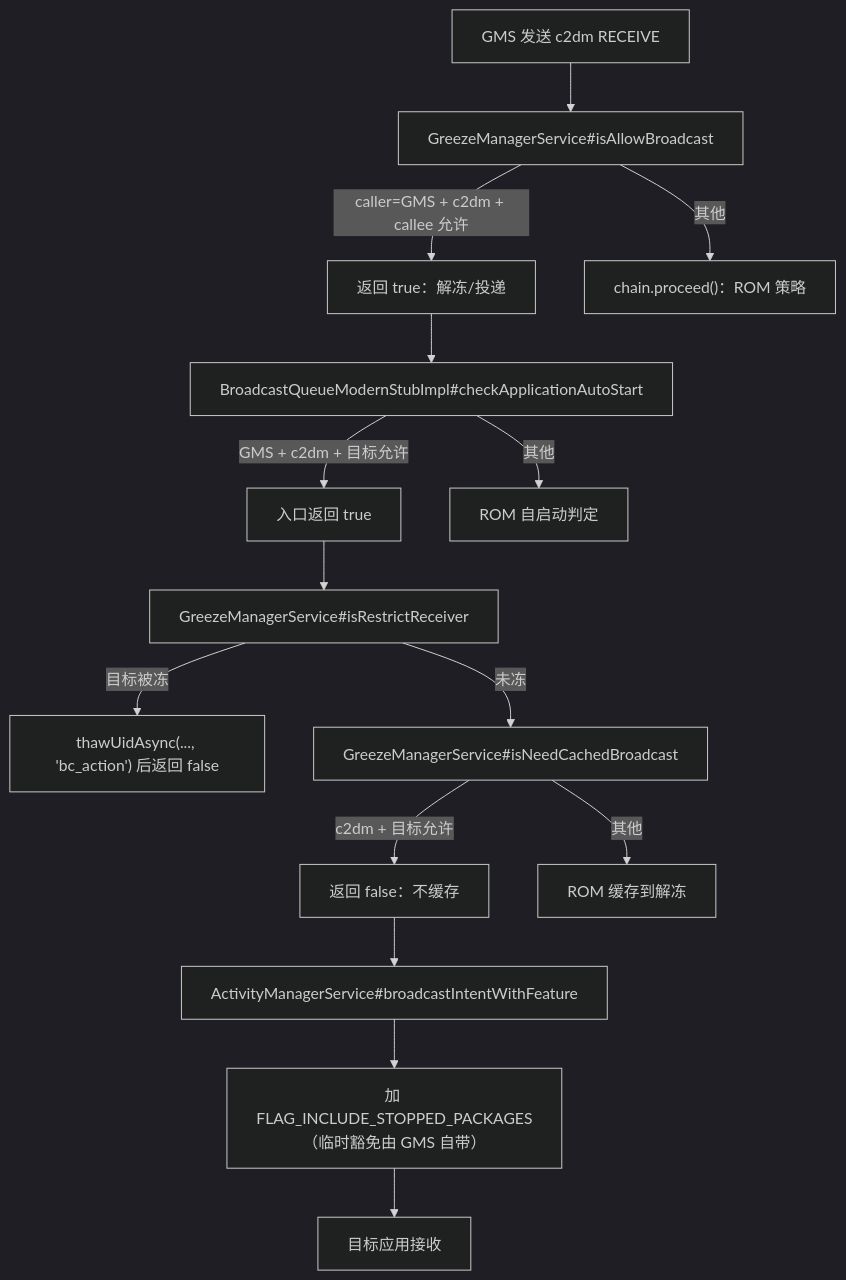
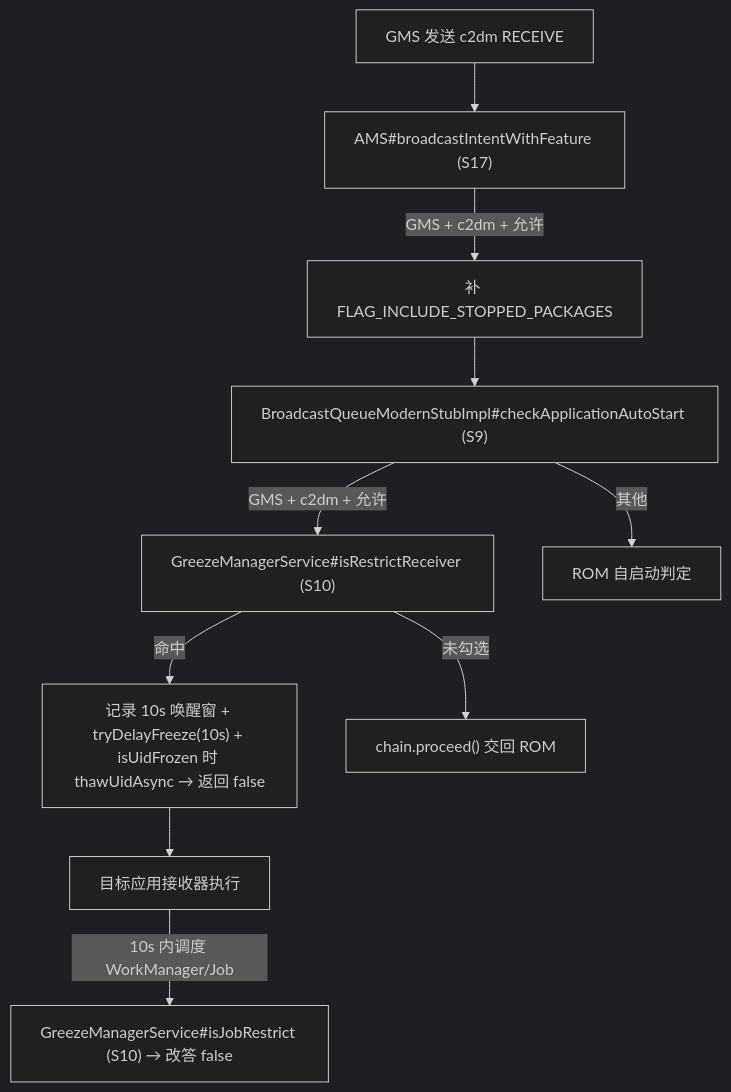
Before and after one commit to iamqwert/HyperOS_FCM_Live: the diagram in FCM_HOOK_TECH_DOC.md, drawn with Mermaid (dark theme). The commit also changed other lines of this file and 53 other files, not shown here.

````diff
--- a/FCM_HOOK_TECH_DOC.md
+++ b/FCM_HOOK_TECH_DOC.md
@@ -264,17 +80,12 @@
 ```mermaid
 flowchart TD
-  GMS["GMS 发送 c2dm RECEIVE"] --> G1["GreezeManagerService#isAllowBroadcast"]
-  G1 -->|caller=GMS + c2dm + callee 允许| OK1["返回 true：解冻/投递"]
-  G1 -->|其他| ROM1["chain.proceed()：ROM 策略"]
-  OK1 --> G2["BroadcastQueueModernStubImpl#checkApplicationAutoStart"]
-  G2 -->|GMS + c2dm + 目标允许| OK2["入口返回 true"]
-  G2 -->|其他| ROM2["ROM 自启动判定"]
-  OK2 --> G3["GreezeManagerService#isRestrictReceiver"]
-  G3 -->|目标被冻| THAW["thawUidAsync(..., 'bc_action') 后返回 false"]
-  G3 -->|未冻| G4["GreezeManagerService#isNeedCachedBroadcast"]
-  G4 -->|c2dm + 目标允许| OK3["返回 false：不缓存"]
-  G4 -->|其他| CACHE["ROM 缓存到解冻"]
-  OK3 --> G5["ActivityManagerService#broadcastIntentWithFeature"]
-  G5 --> FLAG["加 FLAG_INCLUDE_STOPPED_PACKAGES（临时豁免由 GMS 自带）"]
-  FLAG --> APP["目标应用接收"]
+  GMS["GMS 发送 c2dm RECEIVE"] --> AMS["AMS#broadcastIntentWithFeature (S17)"]
+  AMS -->|"GMS + c2dm + 允许"| FLAG["补 FLAG_INCLUDE_STOPPED_PACKAGES"]
+  FLAG --> AUTO["BroadcastQueueModernStubImpl#checkApplicationAutoStart (S9)"]
+  AUTO -->|"GMS + c2dm + 允许"| RES["GreezeManagerService#isRestrictReceiver (S10)"]
+  AUTO -->|"其他"| ROM1["ROM 自启动判定"]
+  RES -->|"命中"| WIN["记录 10s 唤醒窗 + tryDelayFreeze(10s) + isUidFrozen 时 thawUidAsync → 返回 false"]
+  RES -->|"未勾选"| ROM2["chain.proceed() 交回 ROM"]
+  WIN --> APP["目标应用接收器执行"]
+  APP -->|"10s 内调度 WorkManager/Job"| JOB["GreezeManagerService#isJobRestrict (S10) → 改答 false"]
 ```
````
